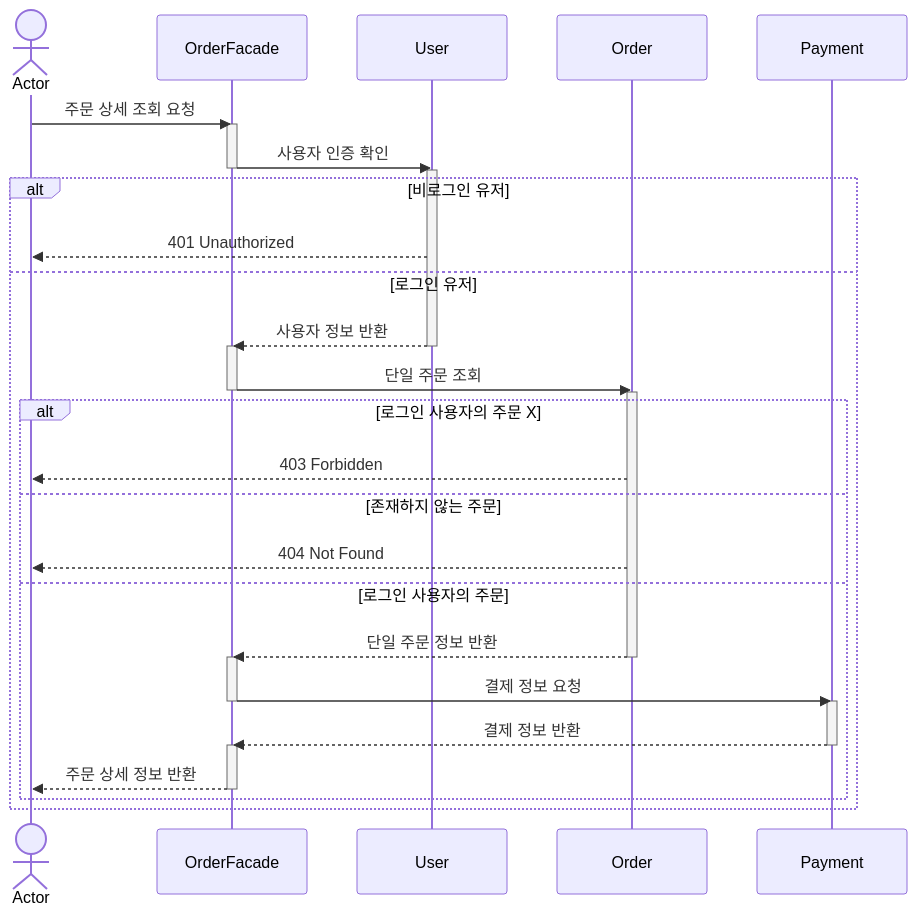
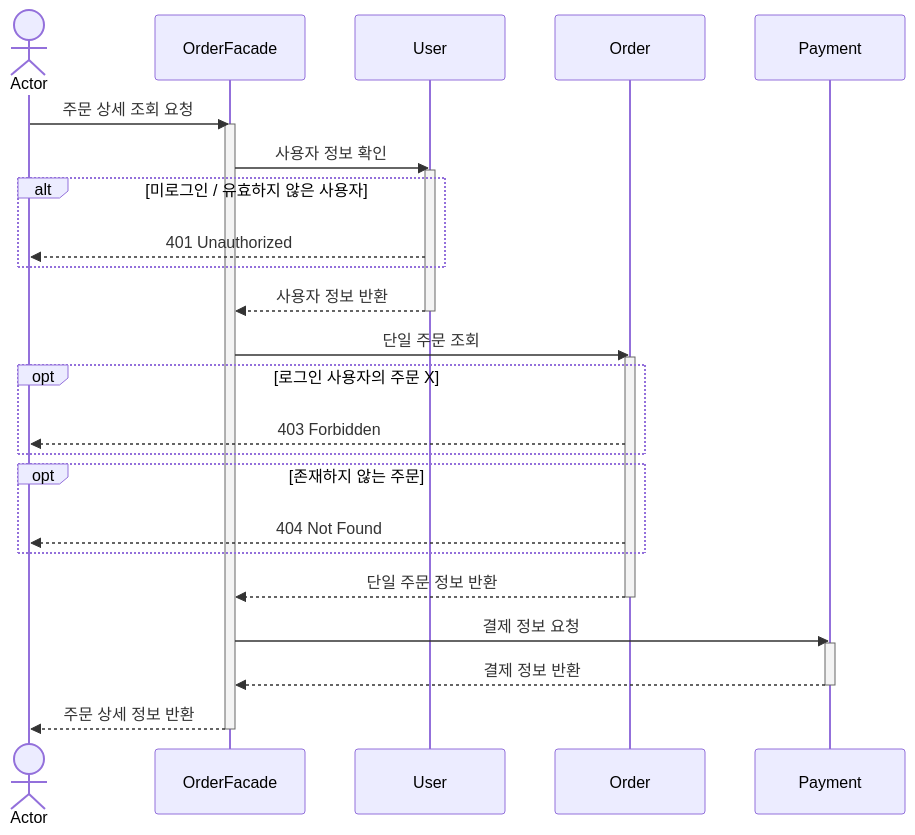
One commit to hgh1472/loopers changed the ninth of 9 diagrams in docs/design/02-sequence-diagrams.md. Above: the diagram before and after it, drawn with Mermaid. The commit also changed other lines of this file and 3 other files, not shown here.

````diff
--- a/docs/design/02-sequence-diagrams.md
+++ b/docs/design/02-sequence-diagrams.md
@@ -441,41 +347,37 @@
 ```mermaid
 sequenceDiagram
   Actor A as Actor
   participant OF as OrderFacade
   participant U as User
   participant O as Order
   participant Pay as Payment
   
   A->>OF: 주문 상세 조회 요청
   activate OF
-  OF->>U: 사용자 인증 확인
+  
+  OF->>U: 사용자 정보 확인
+  activate U
+  alt 미로그인 / 유효하지 않은 사용자 
+    U-->>A: 401 Unauthorized
+  end
+  U-->>OF: 사용자 정보 반환
+  deactivate U
+  
+  OF->>O: 단일 주문 조회
+  activate O
+  opt 로그인 사용자의 주문 X
+    O-->>A: 403 Forbidden
+  end
+  opt 존재하지 않는 주문
+    O-->>A: 404 Not Found
+  end
+  O-->>OF: 단일 주문 정보 반환
+  deactivate O
+  
+  OF->>Pay: 결제 정보 요청
+  activate Pay
+  Pay-->>OF: 결제 정보 반환
+  deactivate Pay
+  OF-->>A: 주문 상세 정보 반환
   deactivate OF
-  activate U
-  alt 비로그인 유저
-    U-->>A: 401 Unauthorized
-  else 로그인 유저
-    U-->>OF: 사용자 정보 반환
-    deactivate U
-    activate OF
-    OF->>O: 단일 주문 조회
-    deactivate OF
-    activate O
-    alt 로그인 사용자의 주문 X
-      O-->>A: 403 Forbidden
-    else 존재하지 않는 주문
-      O-->>A: 404 Not Found
-    else 로그인 사용자의 주문
-      O-->>OF: 단일 주문 정보 반환
-      deactivate O
-      activate OF
-      OF->>Pay: 결제 정보 요청
-      deactivate OF
-      activate Pay
-      Pay-->>OF: 결제 정보 반환
-      deactivate Pay
-      activate OF
-      OF-->>A: 주문 상세 정보 반환
-      deactivate OF
-    end
-  end
 ```
````
